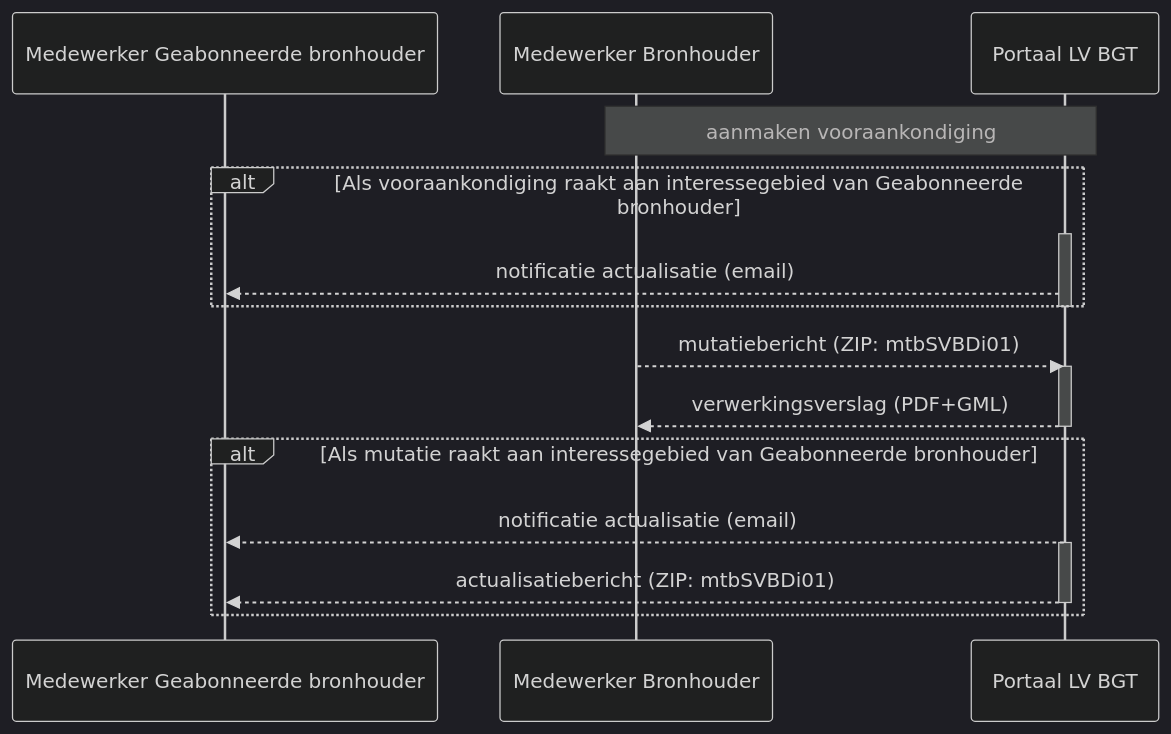
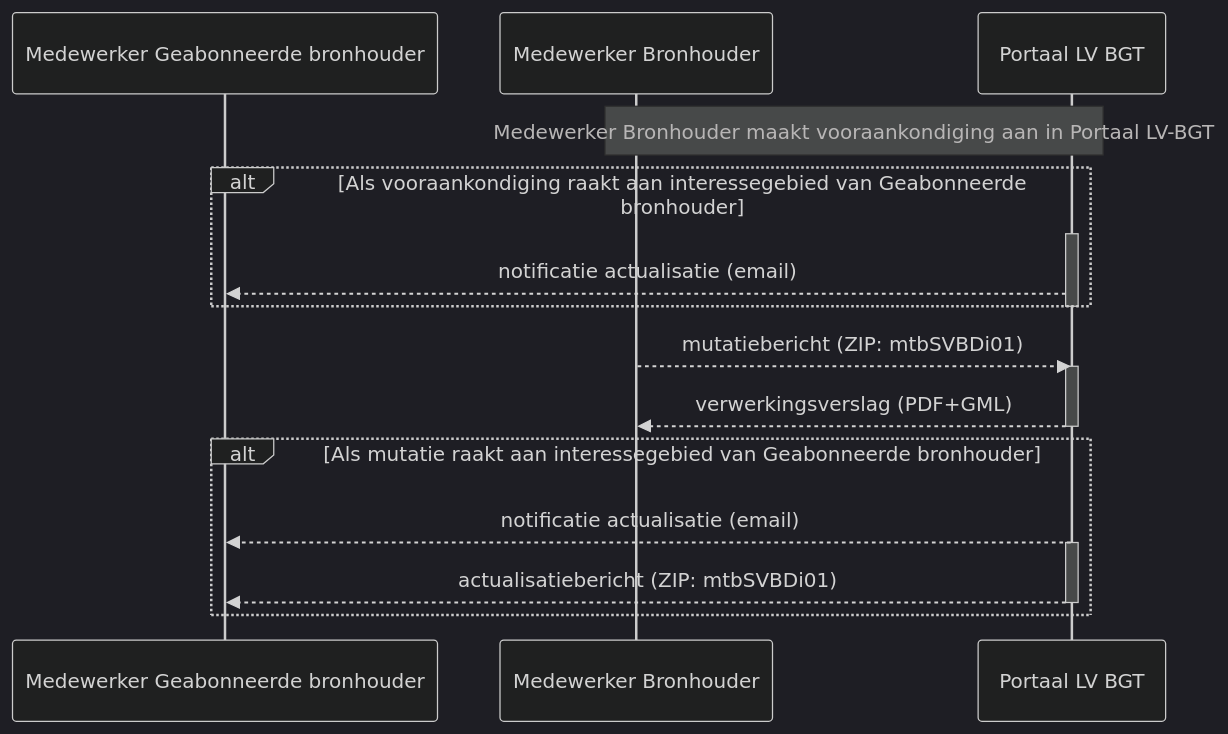
One commit to Geonovum/IMGeo changed the first of 2 diagrams in werkafspraken/bgt-berichtenverkeer/2-werkafspraak.md. Above: the diagram before and after it, drawn with Mermaid (dark theme).

```diff
--- a/werkafspraken/bgt-berichtenverkeer/2-werkafspraak.md
+++ b/werkafspraken/bgt-berichtenverkeer/2-werkafspraak.md
@@ -67,22 +67,22 @@
 <div class="mermaid">
 sequenceDiagram          
     participant Medewerker Geabonneerde  bronhouder    
     participant Medewerker Bronhouder  
     participant Portaal LV BGT   
-    Note over Medewerker Bronhouder, Portaal LV BGT: aanmaken vooraankondiging
+    Note over Medewerker Bronhouder, Portaal LV BGT: Medewerker Bronhouder maakt vooraankondiging aan in Portaal LV-BGT
     alt Als vooraankondiging raakt aan interessegebied van Geabonneerde bronhouder
     activate Portaal LV BGT    
     Portaal LV BGT-->>Medewerker Geabonneerde  bronhouder: notificatie actualisatie (email)
     end
     deactivate Portaal LV BGT
     Medewerker Bronhouder-->>Portaal LV BGT: mutatiebericht (ZIP: mtbSVBDi01)   
     activate Portaal LV BGT
     Portaal LV BGT-->>Medewerker Bronhouder: verwerkingsverslag (PDF+GML)
     deactivate Portaal LV BGT
     alt Als mutatie raakt aan interessegebied van Geabonneerde bronhouder
     Portaal LV BGT-->>Medewerker Geabonneerde  bronhouder: notificatie actualisatie (email)
     activate Portaal LV BGT
     Portaal LV BGT-->>Medewerker Geabonneerde  bronhouder: actualisatiebericht (ZIP: mtbSVBDi01)
     deactivate Portaal LV BGT
     end
 </div>
```
